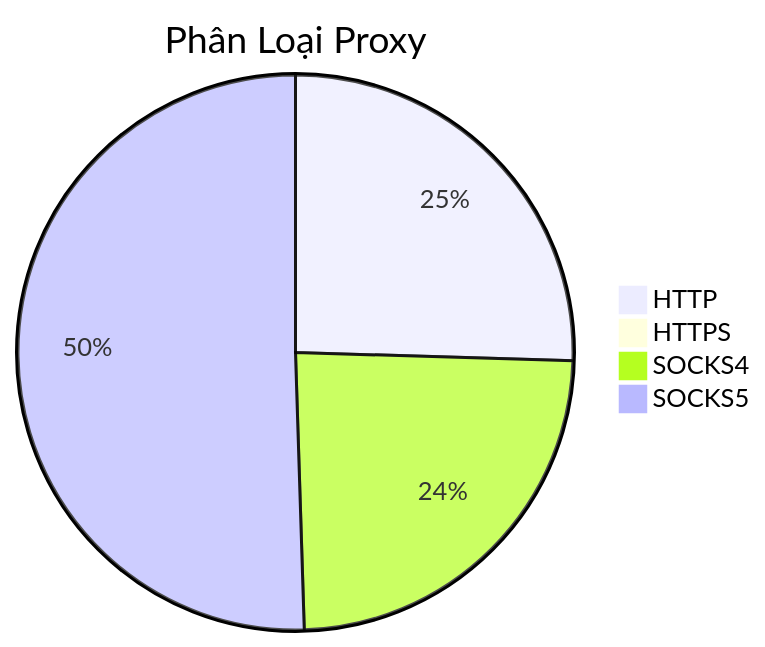
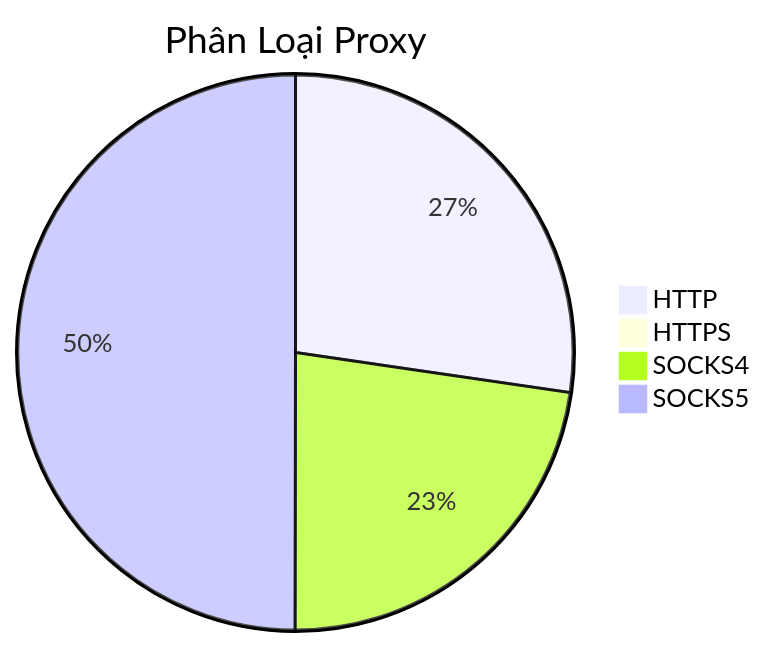
The diagram in README.md (Ciara-12/PROXY-free), drawn with Mermaid before and after one commit. The commit also changed other lines of this file and 3 other files, not shown here.

````diff
--- a/README.md
+++ b/README.md
@@ -26,7 +26,7 @@
 ```mermaid
 pie title Phân Loại Proxy
-    "HTTP" : 404
+    "HTTP" : 541
     "HTTPS" : 1
-    "SOCKS4" : 381
-    "SOCKS5" : 801
+    "SOCKS4" : 450
+    "SOCKS5" : 990
 ```
````
